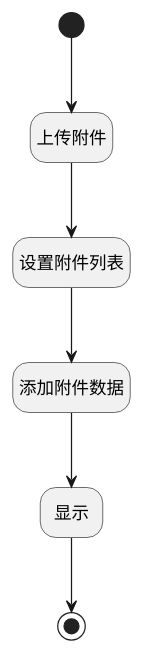
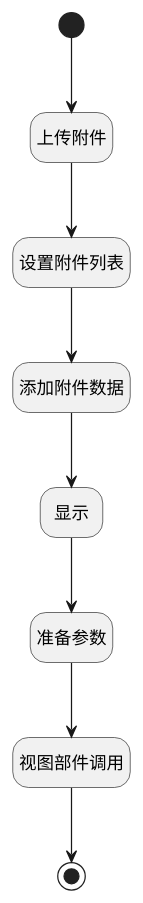
One commit to iBizLab/plm changed the diagram in doc/docsify/module/TestMgmt/run_attachment/uilogic/mob_add_attachment.md. Above: the diagram before and after it, drawn with PlantUML. The commit also changed other lines of this file and 901 other files, not shown here.

````diff
--- a/doc/docsify/module/TestMgmt/run_attachment/uilogic/mob_add_attachment.md
+++ b/doc/docsify/module/TestMgmt/run_attachment/uilogic/mob_add_attachment.md
@@ -7,27 +7,31 @@
 ```plantuml
 @startuml
 hide footbox
 <style>
 root {
   HyperlinkColor #42b983
 }
 </style>
 
 hide empty description
 state "开始" as Begin <<start>> [[$./mob_add_attachment#begin {开始}]]
-state "显示" as RAWJSCODE2  [[$./mob_add_attachment#rawjscode2 {显示}]]
-state "上传附件" as DEUIACTION1  [[$./mob_add_attachment#deuiaction1 {上传附件}]]
+state "准备参数" as PREPAREJSPARAM1  [[$./mob_add_attachment#preparejsparam1 {准备参数}]]
 state "设置附件列表" as RAWJSCODE1  [[$./mob_add_attachment#rawjscode1 {设置附件列表}]]
 state "添加附件数据" as VIEWCTRLINVOKE1  [[$./mob_add_attachment#viewctrlinvoke1 {添加附件数据}]]
 state "结束" as END1 <<end>> [[$./mob_add_attachment#end1 {结束}]]
+state "上传附件" as DEUIACTION1  [[$./mob_add_attachment#deuiaction1 {上传附件}]]
+state "视图部件调用" as VIEWCTRLINVOKE2  [[$./mob_add_attachment#viewctrlinvoke2 {视图部件调用}]]
+state "显示" as RAWJSCODE2  [[$./mob_add_attachment#rawjscode2 {显示}]]
 
 
 Begin --> DEUIACTION1
 DEUIACTION1 --> RAWJSCODE1
 RAWJSCODE1 --> VIEWCTRLINVOKE1
 VIEWCTRLINVOKE1 --> RAWJSCODE2
-RAWJSCODE2 --> END1
+RAWJSCODE2 --> PREPAREJSPARAM1
+PREPAREJSPARAM1 --> VIEWCTRLINVOKE2
+VIEWCTRLINVOKE2 --> END1
 
 
 @enduml
 ```
````
